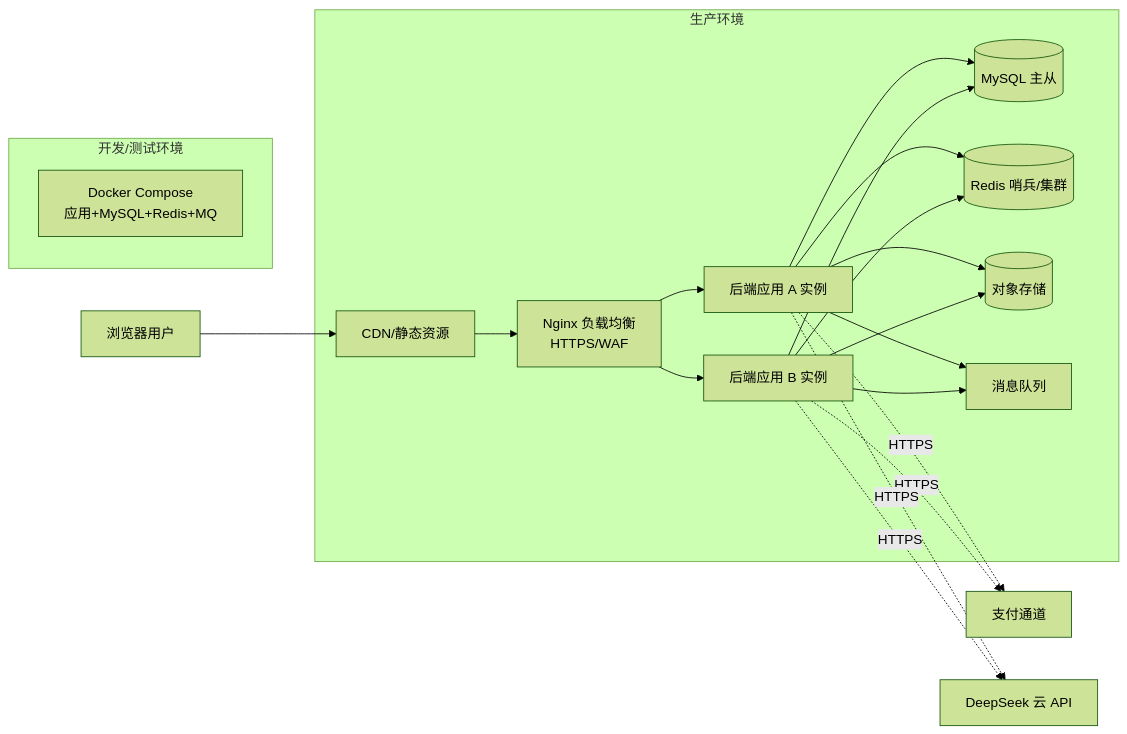
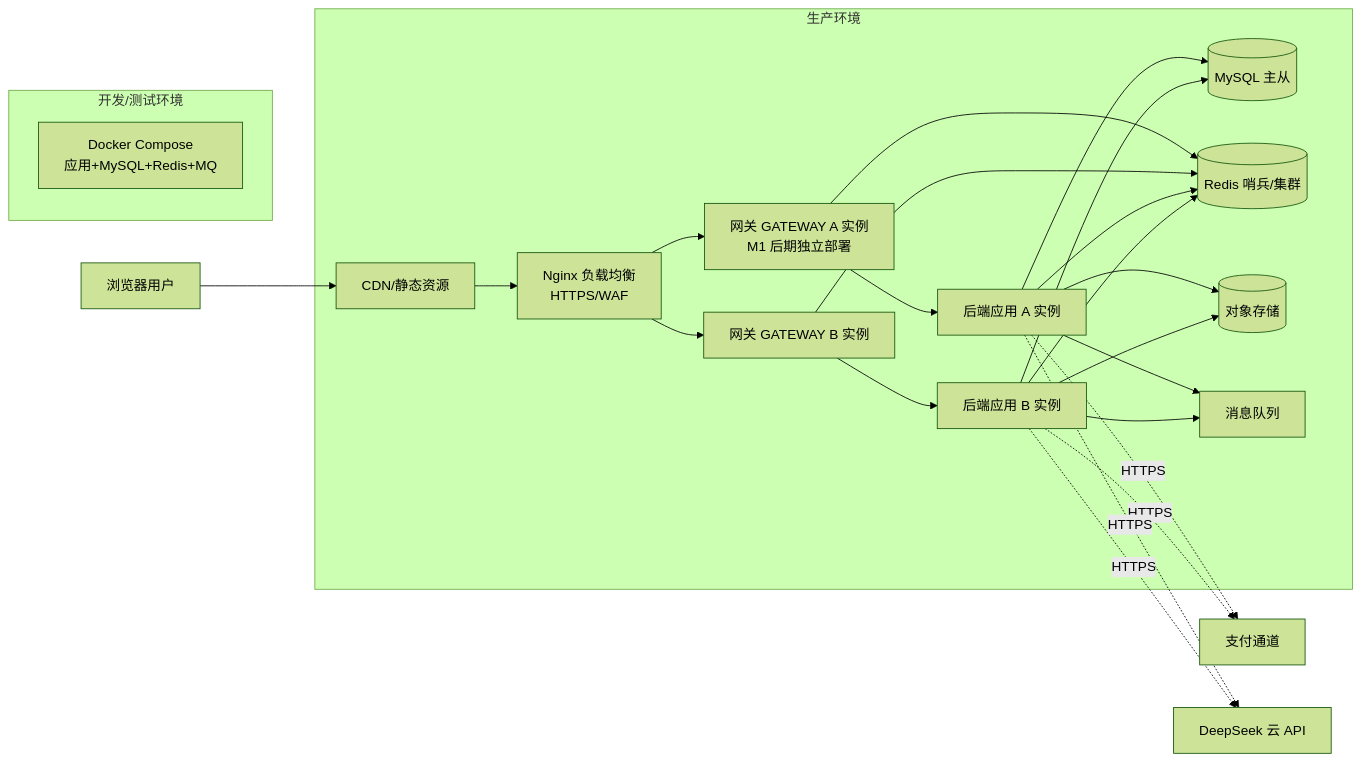
The diagram in docs/design/diagrams/03-部署架构.md (jzywm/Livelihood-Platform), drawn with Mermaid (forest theme) before and after one commit. The commit also changed other lines of this file and 12 other files, not shown here.

````diff
--- a/docs/design/diagrams/03-部署架构.md
+++ b/docs/design/diagrams/03-部署架构.md
@@ -6,32 +6,38 @@
 ```mermaid
 graph LR
     subgraph P1["生产环境"]
         CDN[CDN/静态资源]
         LB[Nginx 负载均衡<br/>HTTPS/WAF]
+        GW1[网关 GATEWAY A 实例<br/>M1 后期独立部署]
+        GW2[网关 GATEWAY B 实例]
         APP1[后端应用 A 实例]
         APP2[后端应用 B 实例]
         MYSQL[(MySQL 主从)]
         REDIS2[(Redis 哨兵/集群)]
         OSS2[(对象存储)]
         MQ2[消息队列]
     end
     subgraph P2["开发/测试环境"]
         DEV[Docker Compose<br/>应用+MySQL+Redis+MQ]
     end
     USER[浏览器用户] --> CDN
     CDN --> LB
-    LB --> APP1
-    LB --> APP2
+    LB --> GW1
+    LB --> GW2
+    GW1 --> APP1
+    GW2 --> APP2
+    GW1 --> REDIS2
+    GW2 --> REDIS2
     APP1 --> MYSQL
     APP2 --> MYSQL
     APP1 --> REDIS2
     APP2 --> REDIS2
     APP1 --> OSS2
     APP2 --> OSS2
     APP1 --> MQ2
     APP2 --> MQ2
     APP1 -. HTTPS .-> PAY2[支付通道]
     APP2 -. HTTPS .-> PAY2
     APP1 -. HTTPS .-> LLM2[DeepSeek 云 API]
     APP2 -. HTTPS .-> LLM2
 ```
````
